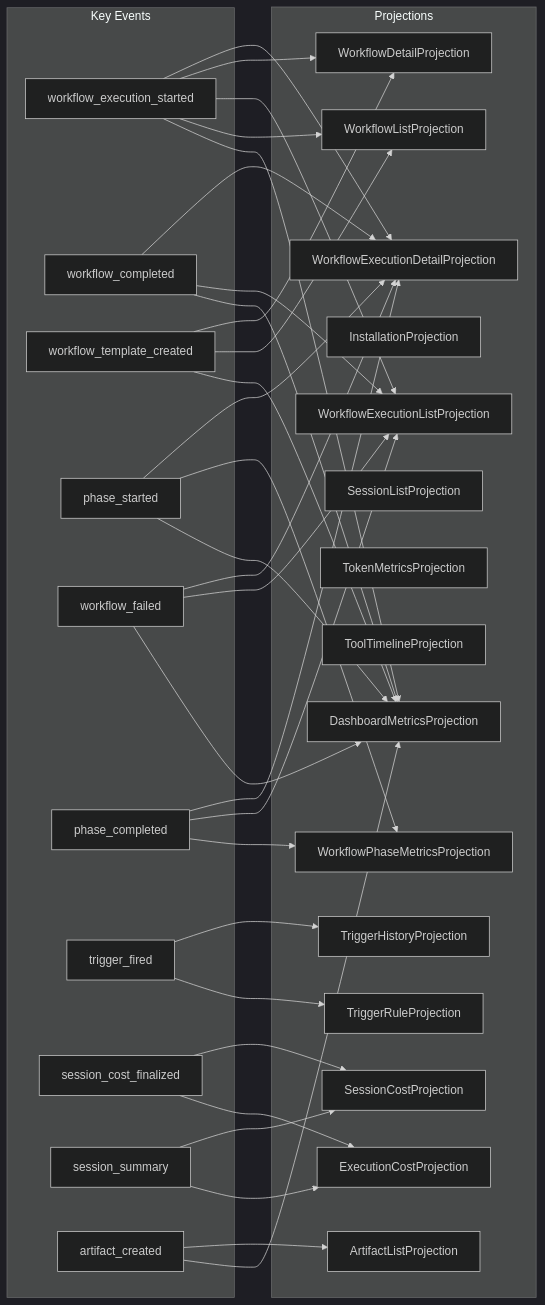
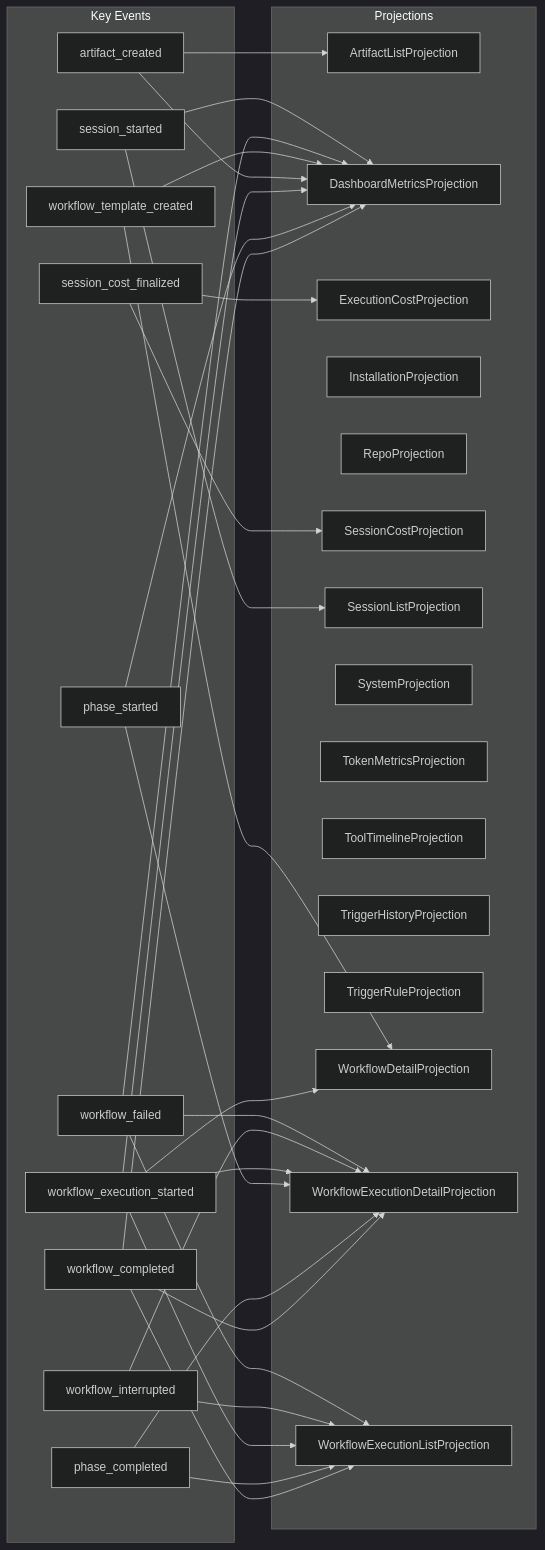
The diagram in docs/architecture/projection-subscriptions.md (syntropic137/syntropic137), drawn with Mermaid (dark theme) before and after one commit. The commit also changed other lines of this file and 120 other files, not shown here.

````diff
--- a/docs/architecture/projection-subscriptions.md
+++ b/docs/architecture/projection-subscriptions.md
@@ -15,62 +15,58 @@
 ```mermaid
 graph LR
     subgraph events["Key Events"]
         e1[workflow_execution_started]
-        e2[workflow_completed]
+        e2[workflow_failed]
         e3[workflow_template_created]
         e4[phase_started]
-        e5[workflow_failed]
-        e6[phase_completed]
-        e7[trigger_fired]
+        e5[phase_completed]
+        e6[workflow_completed]
+        e7[session_started]
         e8[session_cost_finalized]
-        e9[session_summary]
+        e9[workflow_interrupted]
         e10[artifact_created]
     end
 
     subgraph projections["Projections"]
         p1[ArtifactListProjection]
         p2[DashboardMetricsProjection]
         p3[ExecutionCostProjection]
         p4[InstallationProjection]
-        p5[SessionCostProjection]
-        p6[SessionListProjection]
-        p7[TokenMetricsProjection]
-        p8[ToolTimelineProjection]
-        p9[TriggerHistoryProjection]
-        p10[TriggerRuleProjection]
-        p11[WorkflowDetailProjection]
-        p12[WorkflowExecutionDetailProjection]
-        p13[WorkflowExecutionListProjection]
-        p14[WorkflowListProjection]
-        p15[WorkflowPhaseMetricsProjection]
+        p5[RepoProjection]
+        p6[SessionCostProjection]
+        p7[SessionListProjection]
+        p8[SystemProjection]
+        p9[TokenMetricsProjection]
+        p10[ToolTimelineProjection]
+        p11[TriggerHistoryProjection]
+        p12[TriggerRuleProjection]
+        p13[WorkflowDetailProjection]
+        p14[WorkflowExecutionDetailProjection]
+        p15[WorkflowExecutionListProjection]
     end
 
-    e2 --> p12
-    e2 --> p13
+    e7 --> p7
+    e7 --> p2
+    e8 --> p6
+    e8 --> p3
+    e2 --> p14
+    e2 --> p15
     e2 --> p2
-    e7 --> p9
-    e7 --> p10
-    e8 --> p5
-    e8 --> p3
-    e1 --> p12
-    e1 --> p11
-    e1 --> p13
-    e1 --> p14
-    e1 --> p2
-    e9 --> p5
-    e9 --> p3
+    e3 --> p13
+    e3 --> p2
+    e9 --> p14
+    e9 --> p15
     e10 --> p1
     e10 --> p2
-    e3 --> p11
-    e3 --> p14
-    e3 --> p2
-    e4 --> p12
-    e4 --> p15
+    e1 --> p14
+    e1 --> p13
+    e1 --> p15
+    e1 --> p2
+    e4 --> p14
     e4 --> p2
-    e5 --> p12
-    e5 --> p13
-    e5 --> p2
-    e6 --> p12
-    e6 --> p13
+    e5 --> p14
+    e5 --> p15
+    e6 --> p14
     e6 --> p15
+    e6 --> p2
 ```
````
